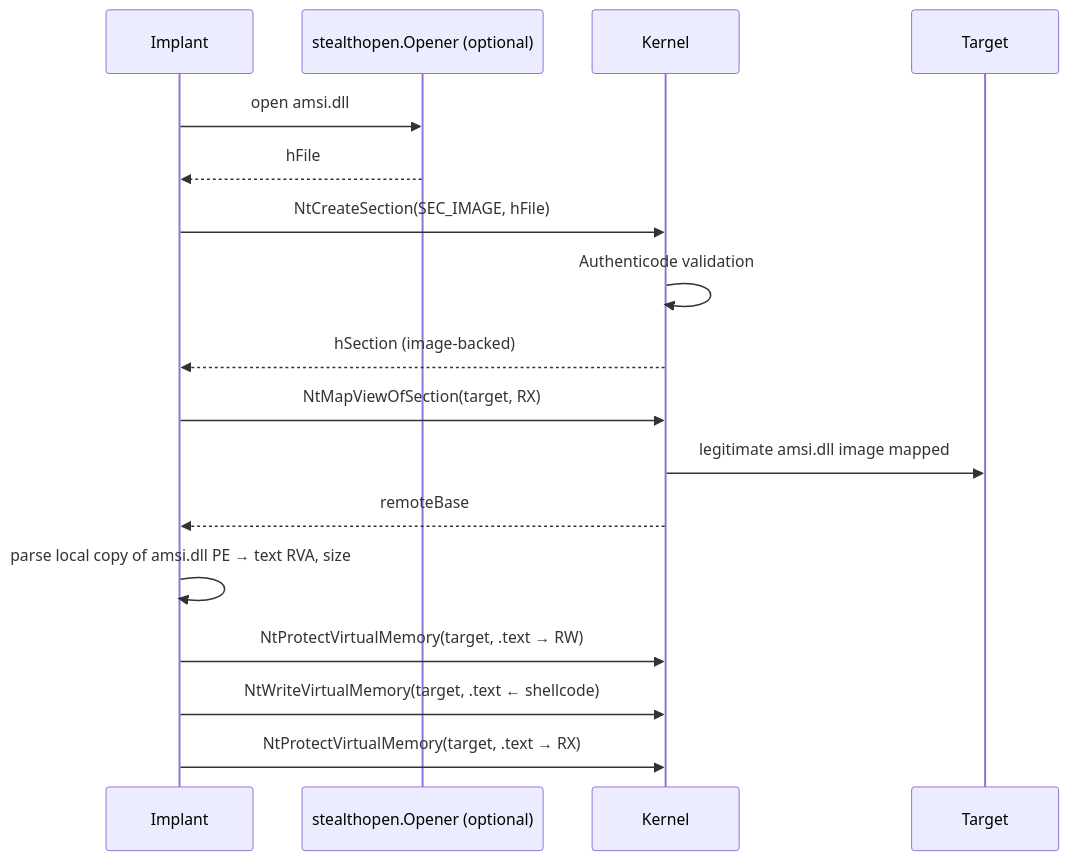
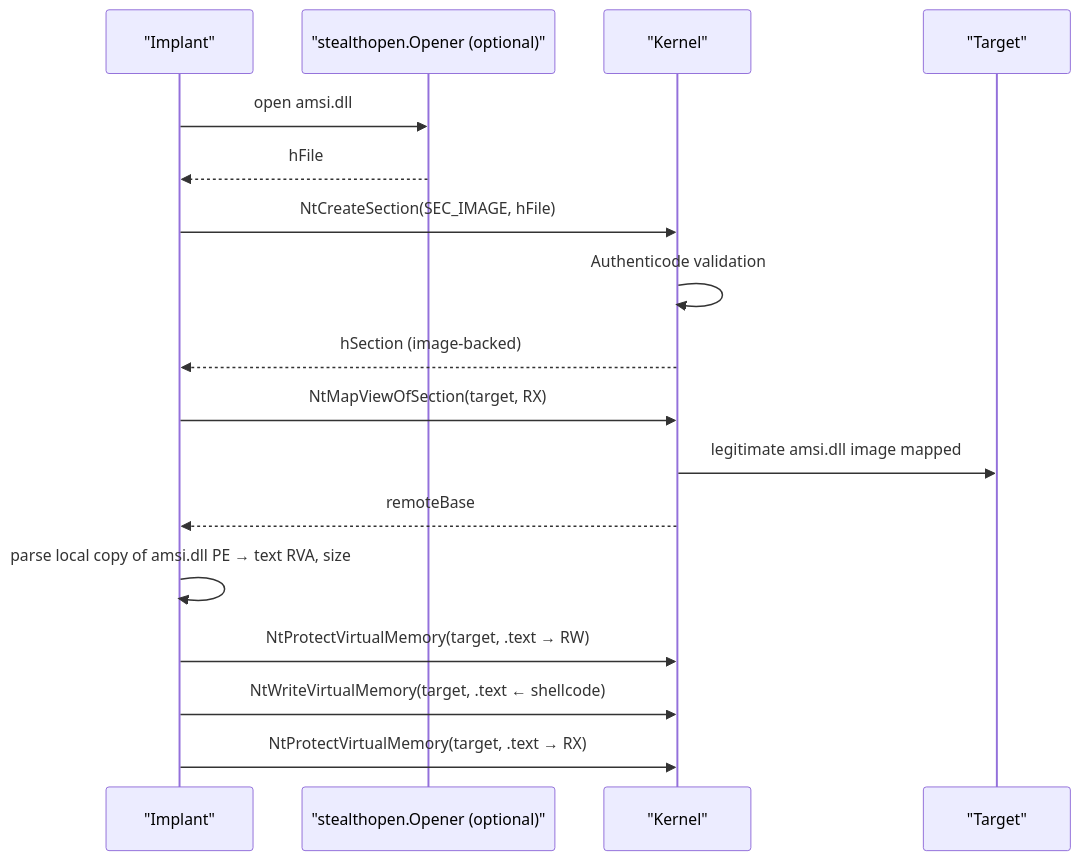
The diagram in docs/techniques/injection/phantom-dll.md (oioio-space/maldev), drawn with Mermaid before and after one commit. The commit also changed 52 other files, not shown here.

First line of the commit message:
fix(docs): quote multi-word Mermaid participant aliases — 11.2.0 strict-mode sweep

````diff
--- a/docs/techniques/injection/phantom-dll.md
+++ b/docs/techniques/injection/phantom-dll.md
@@ -43,22 +43,22 @@
 ```mermaid
 sequenceDiagram
-    participant Impl as Implant
-    participant Open as stealthopen.Opener (optional)
-    participant Kern as Kernel
-    participant Tgt as Target
+    participant Impl as "Implant"
+    participant Open as "stealthopen.Opener (optional)"
+    participant Kern as "Kernel"
+    participant Tgt as "Target"
 
     Impl->>Open: open amsi.dll
     Open-->>Impl: hFile
     Impl->>Kern: NtCreateSection(SEC_IMAGE, hFile)
     Kern->>Kern: Authenticode validation
     Kern-->>Impl: hSection (image-backed)
 
     Impl->>Kern: NtMapViewOfSection(target, RX)
     Kern->>Tgt: legitimate amsi.dll image mapped
     Kern-->>Impl: remoteBase
 
     Impl->>Impl: parse local copy of amsi.dll PE → text RVA, size
     Impl->>Kern: NtProtectVirtualMemory(target, .text → RW)
     Impl->>Kern: NtWriteVirtualMemory(target, .text ← shellcode)
     Impl->>Kern: NtProtectVirtualMemory(target, .text → RX)
 ```
````
